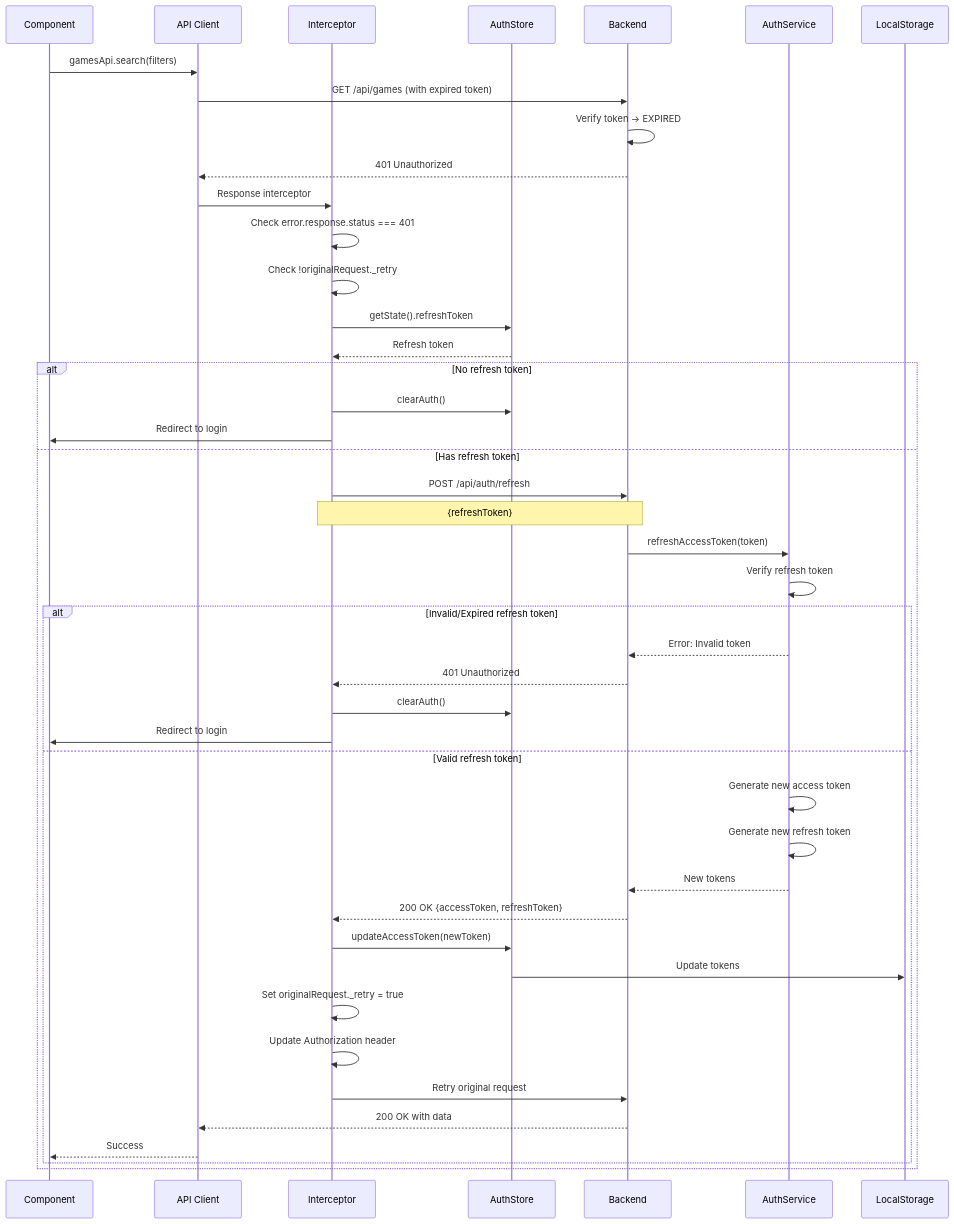
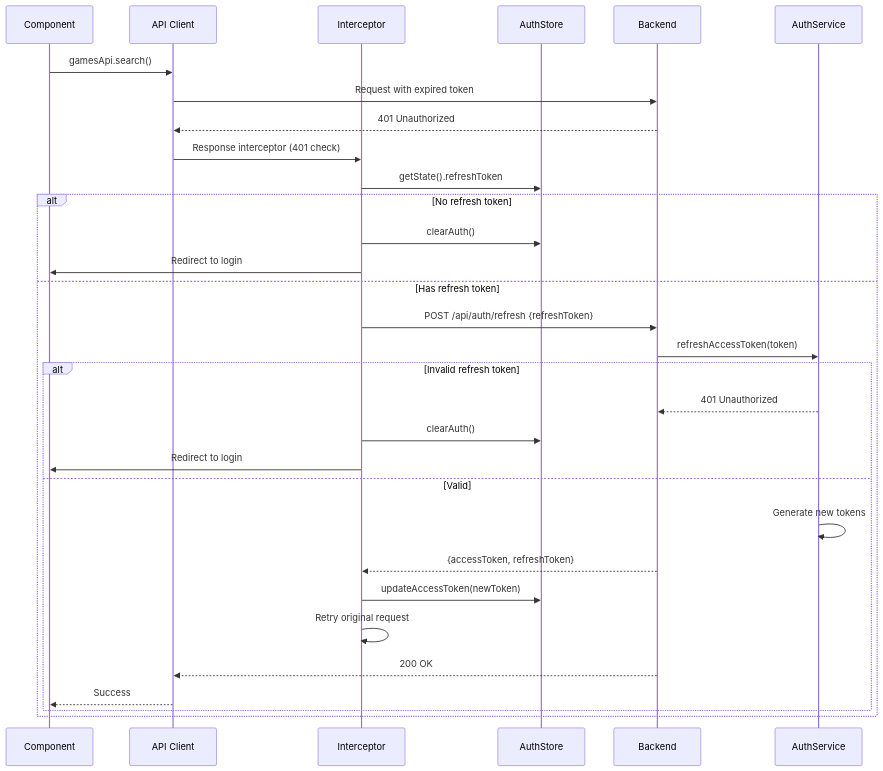
One commit to darkraise/flashpoint-web changed the fifth of 7 diagrams in docs/02-architecture/authentication-flow.md. Above: the diagram before and after it, drawn with Mermaid. The commit also changed other lines of this file and 98 other files, not shown here.

````diff
--- a/docs/02-architecture/authentication-flow.md
+++ b/docs/02-architecture/authentication-flow.md
@@ -427,53 +257,37 @@
 ```mermaid
 sequenceDiagram
     participant Component
     participant API Client
     participant Interceptor
     participant AuthStore
     participant Backend
     participant AuthService
 
-    Component->>API Client: gamesApi.search(filters)
-    API Client->>Backend: GET /api/games (with expired token)
-    Backend->>Backend: Verify token → EXPIRED
+    Component->>API Client: gamesApi.search()
+    API Client->>Backend: Request with expired token
     Backend-->>API Client: 401 Unauthorized
 
-    API Client->>Interceptor: Response interceptor
-    Interceptor->>Interceptor: Check error.response.status === 401
-    Interceptor->>Interceptor: Check !originalRequest._retry
-
+    API Client->>Interceptor: Response interceptor (401 check)
     Interceptor->>AuthStore: getState().refreshToken
-    AuthStore-->>Interceptor: Refresh token
 
     alt No refresh token
         Interceptor->>AuthStore: clearAuth()
         Interceptor->>Component: Redirect to login
     else Has refresh token
-        Interceptor->>Backend: POST /api/auth/refresh
-        Note over Interceptor,Backend: {refreshToken}
+        Interceptor->>Backend: POST /api/auth/refresh {refreshToken}
+        Backend->>AuthService: refreshAccessToken(token)
 
-        Backend->>AuthService: refreshAccessToken(token)
-        AuthService->>AuthService: Verify refresh token
-
-        alt Invalid/Expired refresh token
-            AuthService-->>Backend: Error: Invalid token
-            Backend-->>Interceptor: 401 Unauthorized
+        alt Invalid refresh token
+            AuthService-->>Backend: 401 Unauthorized
             Interceptor->>AuthStore: clearAuth()
             Interceptor->>Component: Redirect to login
-        else Valid refresh token
-            AuthService->>AuthService: Generate new access token
-            AuthService->>AuthService: Generate new refresh token
-            AuthService-->>Backend: New tokens
-
-            Backend-->>Interceptor: 200 OK {accessToken, refreshToken}
+        else Valid
+            AuthService->>AuthService: Generate new tokens
+            Backend-->>Interceptor: {accessToken, refreshToken}
             Interceptor->>AuthStore: updateAccessToken(newToken)
-            AuthStore->>LocalStorage: Update tokens
-
-            Interceptor->>Interceptor: Set originalRequest._retry = true
-            Interceptor->>Interceptor: Update Authorization header
-            Interceptor->>Backend: Retry original request
-            Backend-->>API Client: 200 OK with data
+            Interceptor->>Interceptor: Retry original request
+            Backend-->>API Client: 200 OK
             API Client-->>Component: Success
         end
     end
 ```
````
